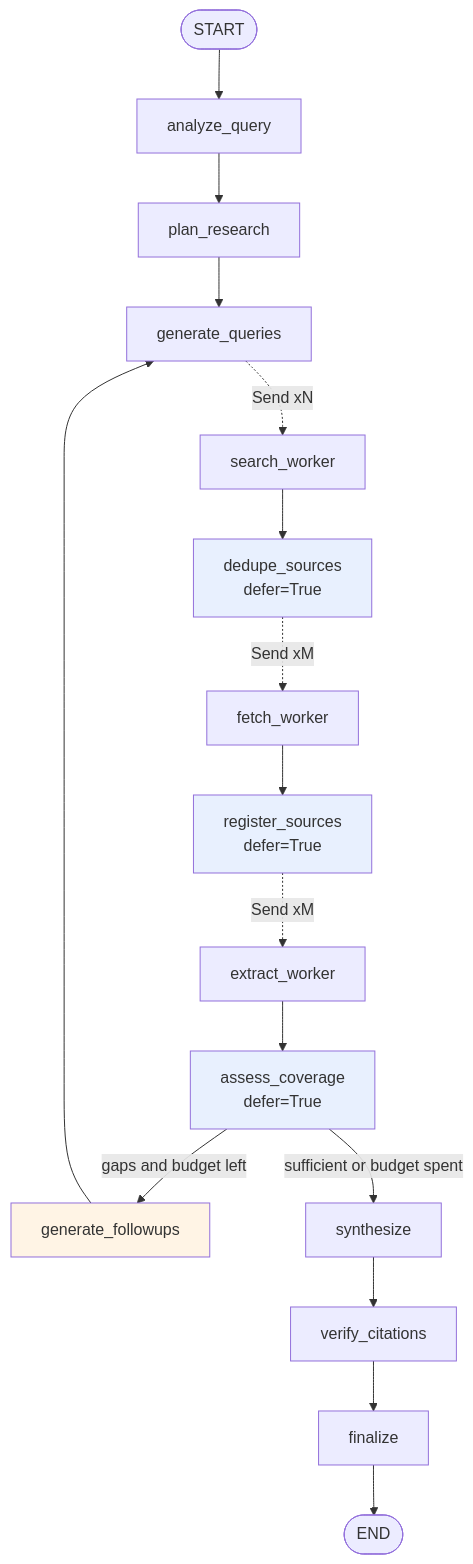
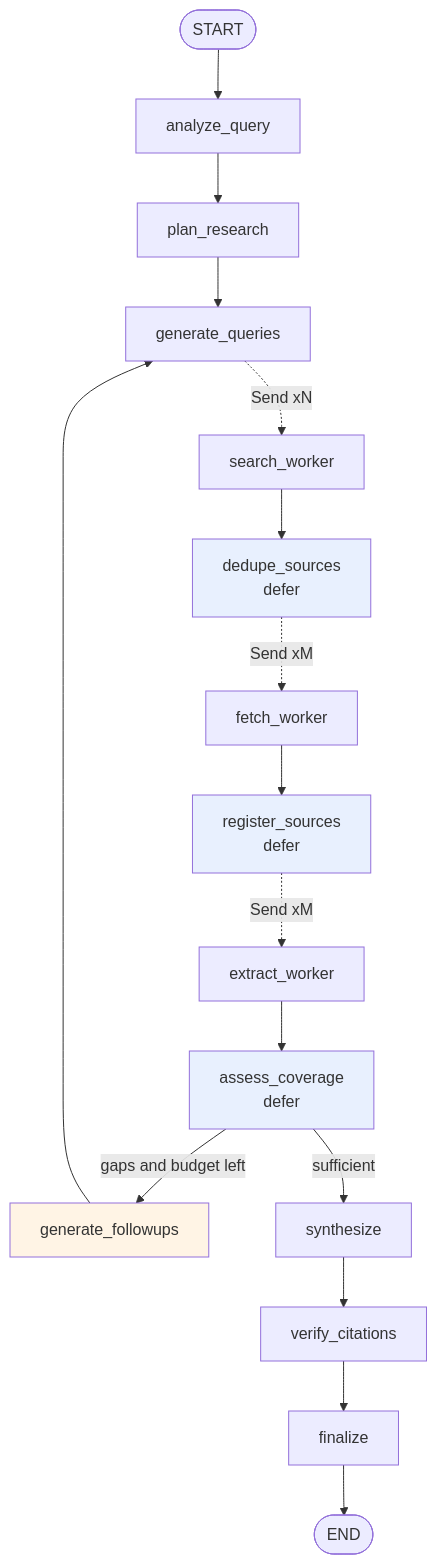
Before and after one commit to NirmalKumar31/agentic-research-engine: the diagram in README.md, drawn with Mermaid. The commit also changed other lines of this file and 7 other files, not shown here.

````diff
--- a/README.md
+++ b/README.md
@@ -72,28 +34,13 @@
 ```mermaid
 graph TD
-    START([START]) --> AQ[analyze_query]
-    AQ --> PR[plan_research]
-    PR --> GQ[generate_queries]
-
-    GQ -.Send xN.-> SW[search_worker]
-    SW --> DS[dedupe_sources<br/>defer=True]
-
-    DS -.Send xM.-> FW[fetch_worker]
-    FW --> RS[register_sources<br/>defer=True]
-
-    RS -.Send xM.-> EW[extract_worker]
-    EW --> AC[assess_coverage<br/>defer=True]
-
-    AC -->|gaps and budget left| GF[generate_followups]
-    GF --> GQ
-    AC -->|sufficient or budget spent| SY[synthesize]
-
-    SY --> VC[verify_citations]
-    VC --> FIN[finalize]
-    FIN --> END([END])
-
+    START([START]) --> AQ[analyze_query] --> PR[plan_research] --> GQ[generate_queries]
+    GQ -.Send xN.-> SW[search_worker] --> DS[dedupe_sources<br/>defer]
+    DS -.Send xM.-> FW[fetch_worker] --> RS[register_sources<br/>defer]
+    RS -.Send xM.-> EW[extract_worker] --> AC[assess_coverage<br/>defer]
+    AC -->|gaps and budget left| GF[generate_followups] --> GQ
+    AC -->|sufficient| SY[synthesize] --> VC[verify_citations] --> FIN[finalize] --> END([END])
     style DS fill:#e8f0fe
     style RS fill:#e8f0fe
     style AC fill:#e8f0fe
     style GF fill:#fff4e5
 ```
````
